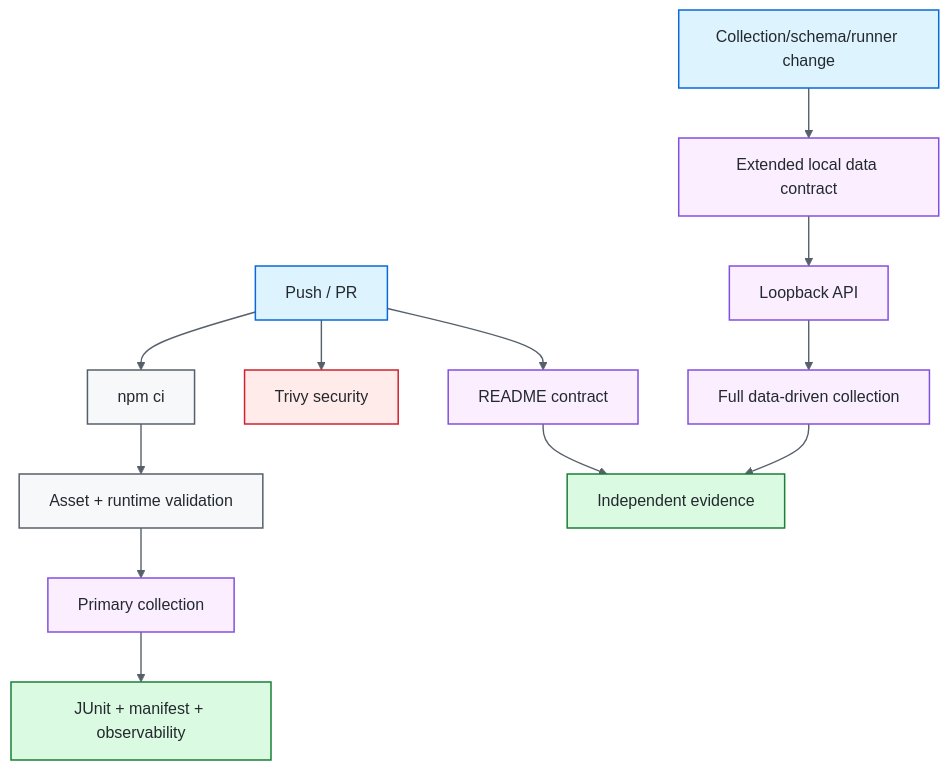
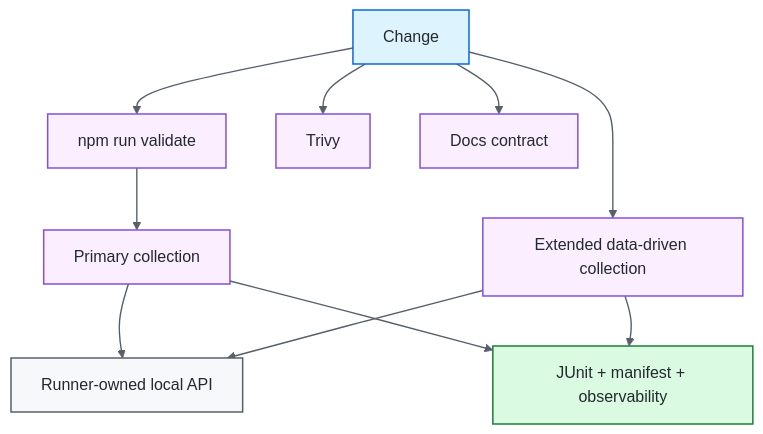
Before and after one commit to portyu9/qa-automation-api-postman-newman: the second of 2 diagrams in README.md, drawn with Mermaid (base theme). The commit also changed other lines of this file and 9 other files, not shown here.

First line of the commit message:
Make Newman CI deterministic with runner-owned local API (#15)

````diff
--- a/README.md
+++ b/README.md
@@ -306,26 +303,22 @@
 ```mermaid
 flowchart TD
-    PR[Push / PR] --> INSTALL[npm ci]
-    INSTALL --> VALIDATE[Asset + runtime validation]
-    VALIDATE --> NEWMAN[Primary collection]
-    NEWMAN --> REPORT[JUnit + manifest + observability]
-    PR --> SEC[Trivy security]
-    PR --> DOCS[README contract]
-    APICHANGE[Collection/schema/runner change] --> EXT[Extended local data contract]
-    EXT --> LOCAL[Loopback API]
-    LOCAL --> FULL[Full data-driven collection]
-    FULL --> REPORT2[Independent evidence]
-    DOCS --> REPORT2
+    CHANGE[Change] --> VALIDATE[npm run validate]
+    VALIDATE --> PRIMARY[Primary collection]
+    PRIMARY --> FIX[Runner-owned local API]
+    PRIMARY --> EVIDENCE[JUnit + manifest + observability]
+    CHANGE --> EXT[Extended data-driven collection]
+    EXT --> FIX
+    EXT --> EVIDENCE
+    CHANGE --> SEC[Trivy]
+    CHANGE --> DOCS[Docs contract]
 
     classDef entry fill:#ddf4ff,stroke:#0969da,color:#24292f,stroke-width:1.5px;
     classDef core fill:#f6f8fa,stroke:#57606a,color:#24292f,stroke-width:1.5px;
     classDef gate fill:#fbefff,stroke:#8250df,color:#24292f,stroke-width:1.5px;
     classDef evidence fill:#dafbe1,stroke:#1a7f37,color:#24292f,stroke-width:1.5px;
-    classDef security fill:#ffebe9,stroke:#cf222e,color:#24292f,stroke-width:1.5px;
-    class PR,APICHANGE entry;
-    class INSTALL,VALIDATE core;
-    class NEWMAN,EXT,LOCAL,FULL,DOCS gate;
-    class SEC security;
-    class REPORT,REPORT2 evidence;
+    class CHANGE entry;
+    class FIX core;
+    class VALIDATE,PRIMARY,EXT,SEC,DOCS gate;
+    class EVIDENCE evidence;
     linkStyle default stroke:#57606a,stroke-width:1.4px;
 ```
````
